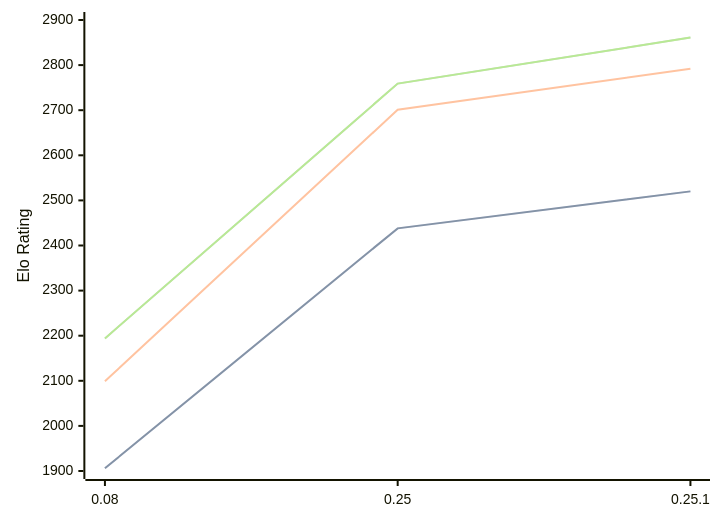
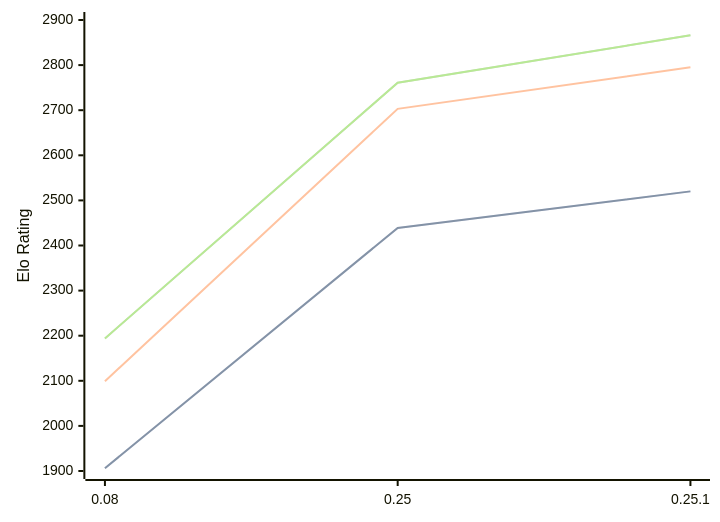
The diagram in engines/Gecko.md (computer-chess-index/cci), drawn with Mermaid before and after one commit. The commit also changed other lines of this file, not shown here.

Commit message:
Update CCI Ratings (ELO VLTC) - 2026-04-19

````diff
--- a/engines/Gecko.md
+++ b/engines/Gecko.md
@@ -33,11 +33,11 @@
 ```mermaid
 %%{init: {"theme":"base","themeVariables":{"seriesColors:['#a3a3a3','#222221','#faa371']}}}%%
 xychart-beta
   x-axis ["0.08", "0.25", "0.25.1"]
   y-axis "Elo Rating" 1900 --> 2900
-  line "STC (8.0+0.08s)" [1906, 2438, 2520]
-  line "STC (8.0+0.08s)" [1906, 2438, 2520]
-  line "LTC (60.0+0.60s)" [2099, 2701, 2792]
-  line "VLTC (2m24s+1.12s)" [2194, 2759, 2861]
-  line "VLTC (2m24s+1.12s)" [2194, 2759, 2861]
+  line "STC (8.0+0.08s)" [1906, 2439, 2520]
+  line "STC (8.0+0.08s)" [1906, 2439, 2520]
+  line "LTC (60.0+0.60s)" [2099, 2703, 2795]
+  line "VLTC (2m24s+1.12s)" [2194, 2761, 2866]
+  line "VLTC (2m24s+1.12s)" [2194, 2761, 2866]
 ```
````
